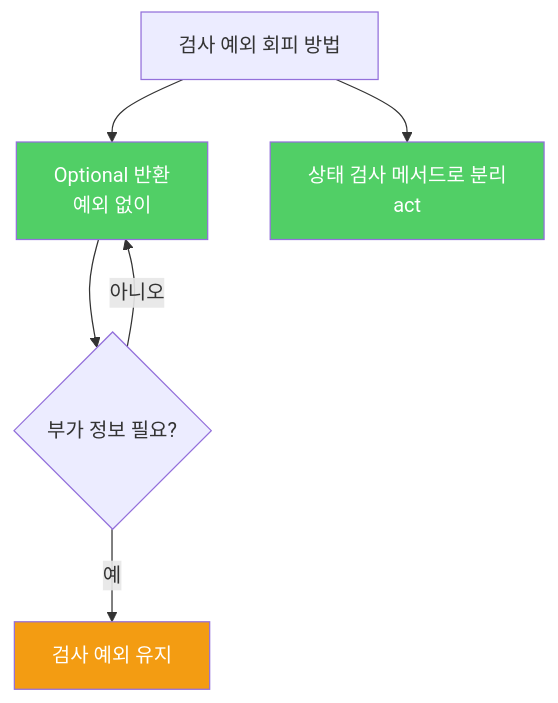
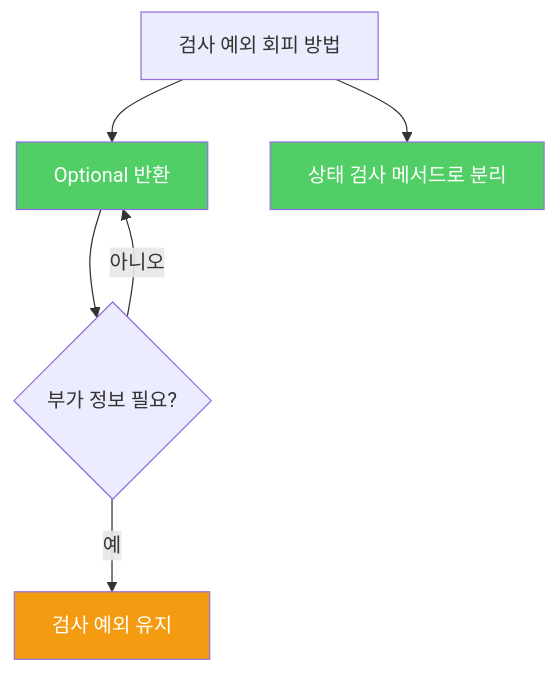
Before and after one commit to yjkim2015/yjkim2015.github.io: the diagram in _posts/java/2022-02-17-effective-java71.md, drawn with Mermaid. The commit also changed 217 other files, not shown here.

First line of the commit message:
Mermaid 크기 수정: useMaxWidth:true + SVG max-width:100% + 라벨 축소

````diff
--- a/_posts/java/2022-02-17-effective-java71.md
+++ b/_posts/java/2022-02-17-effective-java71.md
@@ -103,11 +103,11 @@
 ```mermaid
 graph TD
-    A["검사 예외 회피 방법"] --> B["Optional 반환\n예외 없이"]
-    A --> C["상태 검사 메서드로 분리\nact"]
+    A["검사 예외 회피 방법"] --> B["Optional 반환"]
+    A --> C["상태 검사 메서드로 분리"]
     B --> D{"부가 정보 필요?"}
     D -- 예 --> E["검사 예외 유지"]
     D -- 아니오 --> B
     style B fill:#51cf66,color:#fff
     style C fill:#51cf66,color:#fff
     style E fill:#f39c12,color:#fff
 ```
````
